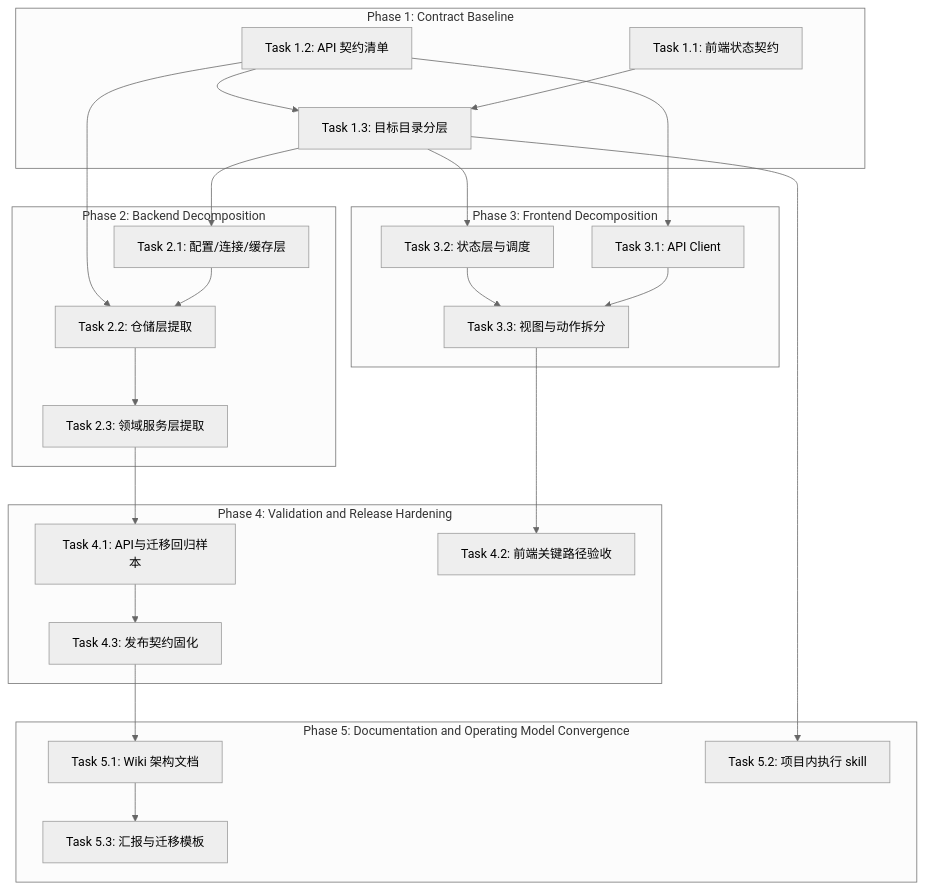
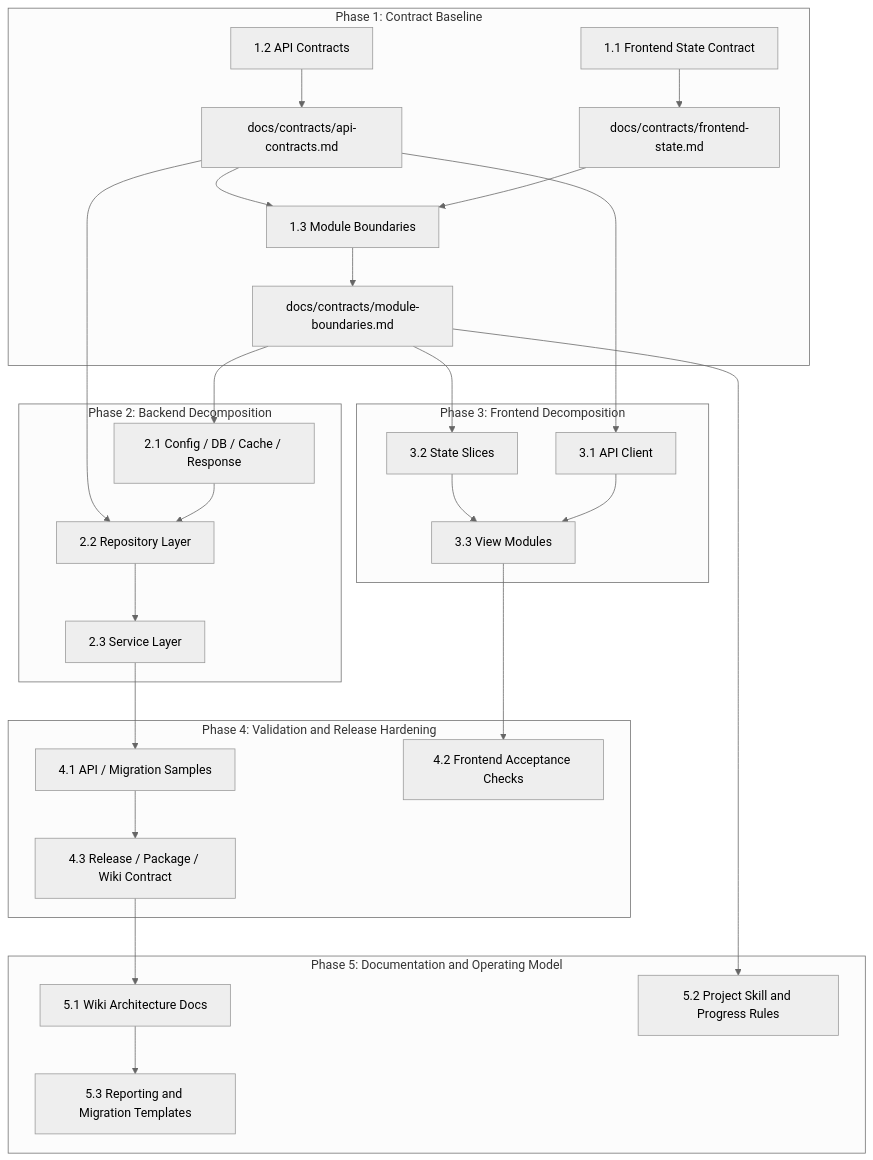
The diagram in docs/plan/dependency-graph.md (Hugo-YH/CageLedger), drawn with Mermaid (neutral theme) before and after one commit. The commit also changed other lines of this file and 53 other files, not shown here.

````diff
--- a/docs/plan/dependency-graph.md
+++ b/docs/plan/dependency-graph.md
@@ -3,49 +3,55 @@
 ```mermaid
 graph TD
     subgraph Phase1["Phase 1: Contract Baseline"]
-        T11["Task 1.1: 前端状态契约"]
-        T12["Task 1.2: API 契约清单"]
-        T13["Task 1.3: 目标目录分层"]
-        T11 --> T13
-        T12 --> T13
+        T11["1.1 Frontend State Contract"]
+        T12["1.2 API Contracts"]
+        T13["1.3 Module Boundaries"]
+        C1["docs/contracts/frontend-state.md"]
+        C2["docs/contracts/api-contracts.md"]
+        C3["docs/contracts/module-boundaries.md"]
+        T11 --> C1
+        T12 --> C2
+        C1 --> T13
+        C2 --> T13
+        T13 --> C3
     end
 
     subgraph Phase2["Phase 2: Backend Decomposition"]
-        T21["Task 2.1: 配置/连接/缓存层"]
-        T22["Task 2.2: 仓储层提取"]
-        T23["Task 2.3: 领域服务层提取"]
+        T21["2.1 Config / DB / Cache / Response"]
+        T22["2.2 Repository Layer"]
+        T23["2.3 Service Layer"]
         T21 --> T22
         T22 --> T23
     end
 
     subgraph Phase3["Phase 3: Frontend Decomposition"]
-        T31["Task 3.1: API Client"]
-        T32["Task 3.2: 状态层与调度"]
-        T33["Task 3.3: 视图与动作拆分"]
+        T31["3.1 API Client"]
+        T32["3.2 State Slices"]
+        T33["3.3 View Modules"]
         T31 --> T33
         T32 --> T33
     end
 
     subgraph Phase4["Phase 4: Validation and Release Hardening"]
-        T41["Task 4.1: API与迁移回归样本"]
-        T42["Task 4.2: 前端关键路径验收"]
-        T43["Task 4.3: 发布契约固化"]
+        T41["4.1 API / Migration Samples"]
+        T42["4.2 Frontend Acceptance Checks"]
+        T43["4.3 Release / Package / Wiki Contract"]
         T41 --> T43
     end
 
-    subgraph Phase5["Phase 5: Documentation and Operating Model Convergence"]
-        T51["Task 5.1: Wiki 架构文档"]
-        T52["Task 5.2: 项目内执行 skill"]
-        T53["Task 5.3: 汇报与迁移模板"]
+    subgraph Phase5["Phase 5: Documentation and Operating Model"]
+        T51["5.1 Wiki Architecture Docs"]
+        T52["5.2 Project Skill and Progress Rules"]
+        T53["5.3 Reporting and Migration Templates"]
         T51 --> T53
     end
 
-    T13 --> T21
-    T13 --> T32
-    T12 --> T22
-    T12 --> T31
+    C3 --> T21
+    C3 --> T32
+    C2 --> T22
+    C2 --> T31
     T23 --> T41
     T33 --> T42
     T43 --> T51
-    T13 --> T52
+    C3 --> T52
 ```
````
